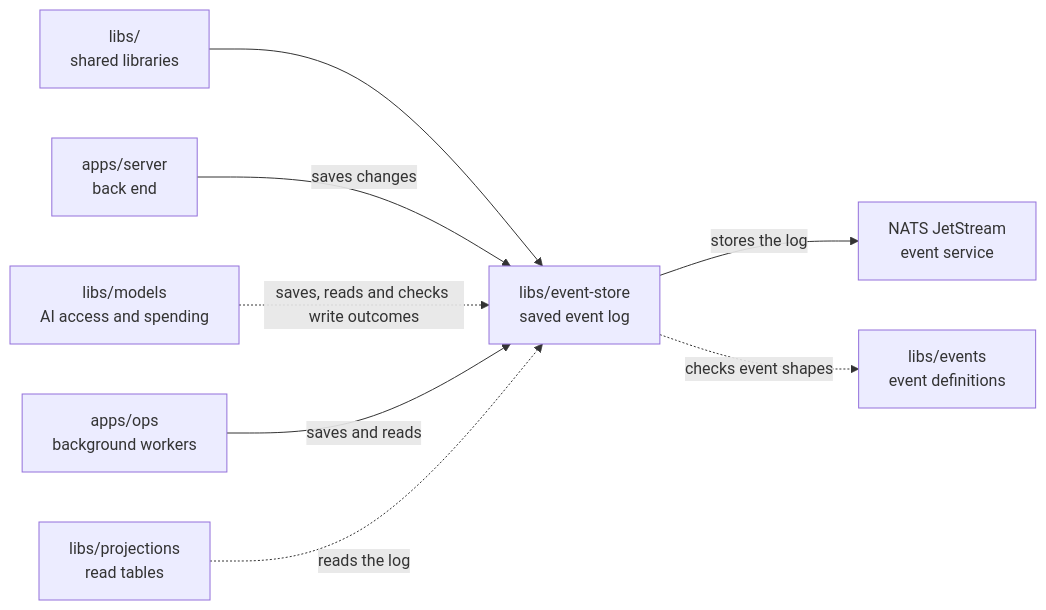
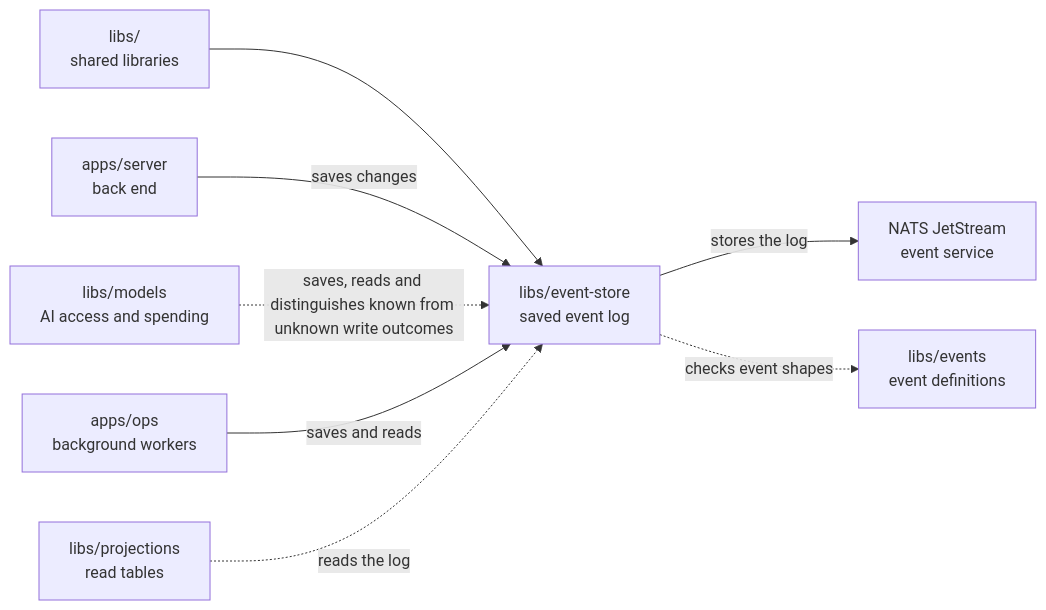
The diagram in libs/event-store/README.md (elewa-git/opencrane-new), drawn with Mermaid before and after one commit. The commit also changed other lines of this file and 10 other files, not shown here.

Commit message:
🐛 Keep unknown append outcomes from stopping unchanged budget writers

````diff
--- a/libs/event-store/README.md
+++ b/libs/event-store/README.md
@@ -21,10 +21,10 @@
 ```mermaid
 flowchart LR
   parent["libs/<br/>shared libraries"] --> store["libs/event-store<br/>saved event log"]
   server["apps/server<br/>back end"] -->|saves changes| store
-  models["libs/models<br/>AI access and spending"] -.->|saves, reads and checks write outcomes| store
+  models["libs/models<br/>AI access and spending"] -.->|saves, reads and distinguishes known from unknown write outcomes| store
   ops["apps/ops<br/>background workers"] -->|saves and reads| store
   projections["libs/projections<br/>read tables"] -.->|reads the log| store
   store -->|stores the log| nats["NATS JetStream<br/>event service"]
   store -.->|checks event shapes| events["libs/events<br/>event definitions"]
 ```
````
